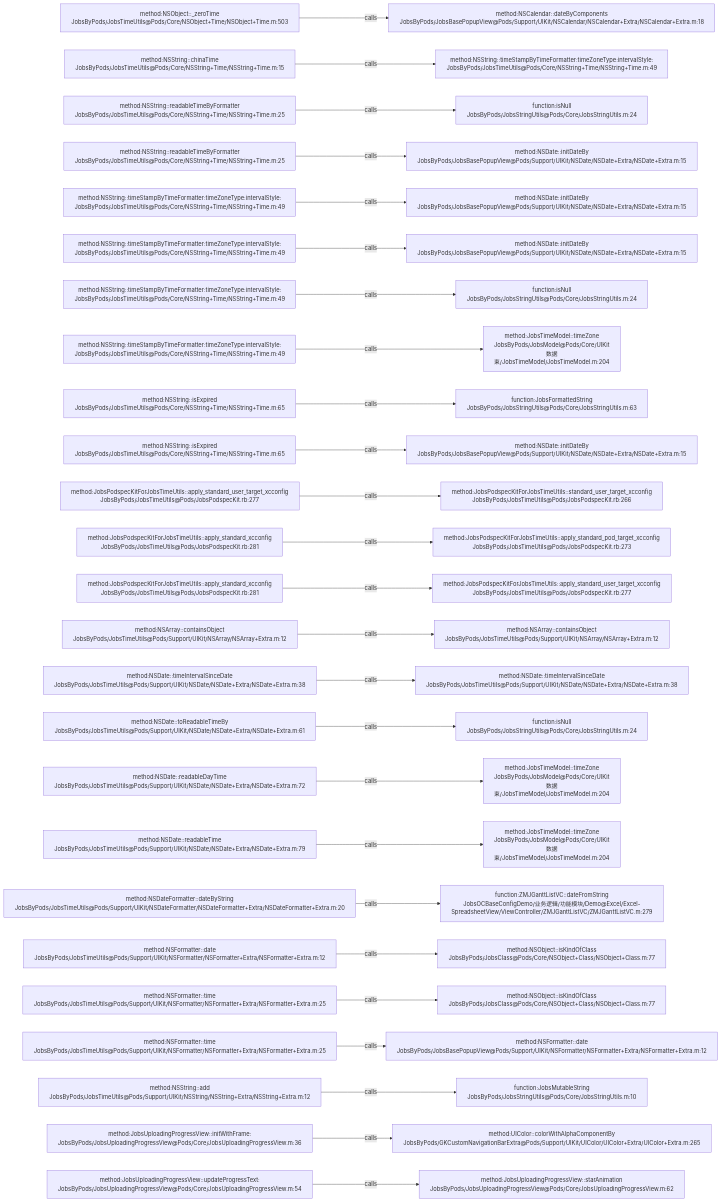
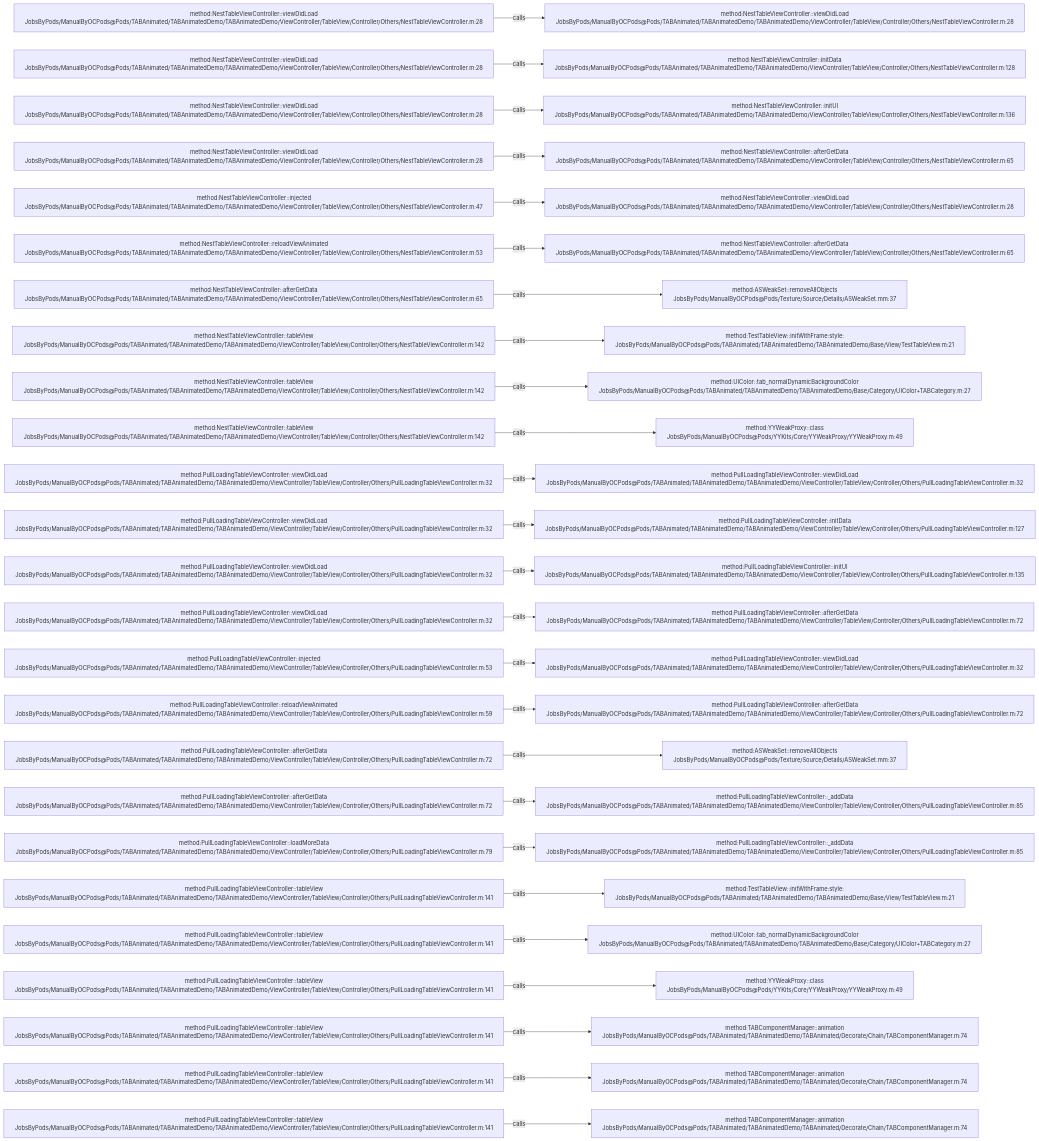
One commit to JobsKits/JobsOCBaseConfigDemo changed the diagram in .codegraph/codegraph.md/graphs/calls-164.md. Above: the diagram before and after it, drawn with Mermaid. The commit also changed 573 other files, not shown here.

````diff
--- a/.codegraph/codegraph.md/graphs/calls-164.md
+++ b/.codegraph/codegraph.md/graphs/calls-164.md
@@ -13,78 +13,78 @@
 ```mermaid
 flowchart LR
-  S1["method:NSObject::_zeroTime<br/>JobsByPods/JobsTimeUtils@Pods/Core/NSObject+Time/NSObject+Time.m:503"]
-  T1["method:NSCalendar::dateByComponents<br/>JobsByPods/JobsBasePopupView@Pods/Support/UIKit/NSCalendar/NSCalendar+Extra/NSCalendar+Extra.m:18"]
+  S1["method:NestTableViewController::viewDidLoad<br/>JobsByPods/ManualByOCPods@Pods/TABAnimated/TABAnimatedDemo/TABAnimatedDemo/ViewController/TableView/Controller/Others/NestTableViewController.m:28"]
+  T1["method:NestTableViewController::viewDidLoad<br/>JobsByPods/ManualByOCPods@Pods/TABAnimated/TABAnimatedDemo/TABAnimatedDemo/ViewController/TableView/Controller/Others/NestTableViewController.m:28"]
   S1 -->|calls| T1
-  S2["method:NSString::chinaTime<br/>JobsByPods/JobsTimeUtils@Pods/Core/NSString+Time/NSString+Time.m:15"]
-  T2["method:NSString::timeStampByTimeFormatter:timeZoneType:intervalStyle:<br/>JobsByPods/JobsTimeUtils@Pods/Core/NSString+Time/NSString+Time.m:49"]
+  S2["method:NestTableViewController::viewDidLoad<br/>JobsByPods/ManualByOCPods@Pods/TABAnimated/TABAnimatedDemo/TABAnimatedDemo/ViewController/TableView/Controller/Others/NestTableViewController.m:28"]
+  T2["method:NestTableViewController::initData<br/>JobsByPods/ManualByOCPods@Pods/TABAnimated/TABAnimatedDemo/TABAnimatedDemo/ViewController/TableView/Controller/Others/NestTableViewController.m:128"]
   S2 -->|calls| T2
-  S3["method:NSString::readableTimeByFormatter<br/>JobsByPods/JobsTimeUtils@Pods/Core/NSString+Time/NSString+Time.m:25"]
-  T3["function:isNull<br/>JobsByPods/JobsStringUtils@Pods/Core/JobsStringUtils.m:24"]
+  S3["method:NestTableViewController::viewDidLoad<br/>JobsByPods/ManualByOCPods@Pods/TABAnimated/TABAnimatedDemo/TABAnimatedDemo/ViewController/TableView/Controller/Others/NestTableViewController.m:28"]
+  T3["method:NestTableViewController::initUI<br/>JobsByPods/ManualByOCPods@Pods/TABAnimated/TABAnimatedDemo/TABAnimatedDemo/ViewController/TableView/Controller/Others/NestTableViewController.m:136"]
   S3 -->|calls| T3
-  S4["method:NSString::readableTimeByFormatter<br/>JobsByPods/JobsTimeUtils@Pods/Core/NSString+Time/NSString+Time.m:25"]
-  T4["method:NSDate::initDateBy<br/>JobsByPods/JobsBasePopupView@Pods/Support/UIKit/NSDate/NSDate+Extra/NSDate+Extra.m:15"]
+  S4["method:NestTableViewController::viewDidLoad<br/>JobsByPods/ManualByOCPods@Pods/TABAnimated/TABAnimatedDemo/TABAnimatedDemo/ViewController/TableView/Controller/Others/NestTableViewController.m:28"]
+  T4["method:NestTableViewController::afterGetData<br/>JobsByPods/ManualByOCPods@Pods/TABAnimated/TABAnimatedDemo/TABAnimatedDemo/ViewController/TableView/Controller/Others/NestTableViewController.m:65"]
   S4 -->|calls| T4
-  S5["method:NSString::timeStampByTimeFormatter:timeZoneType:intervalStyle:<br/>JobsByPods/JobsTimeUtils@Pods/Core/NSString+Time/NSString+Time.m:49"]
-  T5["method:NSDate::initDateBy<br/>JobsByPods/JobsBasePopupView@Pods/Support/UIKit/NSDate/NSDate+Extra/NSDate+Extra.m:15"]
+  S5["method:NestTableViewController::injected<br/>JobsByPods/ManualByOCPods@Pods/TABAnimated/TABAnimatedDemo/TABAnimatedDemo/ViewController/TableView/Controller/Others/NestTableViewController.m:47"]
+  T5["method:NestTableViewController::viewDidLoad<br/>JobsByPods/ManualByOCPods@Pods/TABAnimated/TABAnimatedDemo/TABAnimatedDemo/ViewController/TableView/Controller/Others/NestTableViewController.m:28"]
   S5 -->|calls| T5
-  S6["method:NSString::timeStampByTimeFormatter:timeZoneType:intervalStyle:<br/>JobsByPods/JobsTimeUtils@Pods/Core/NSString+Time/NSString+Time.m:49"]
-  T6["method:NSDate::initDateBy<br/>JobsByPods/JobsBasePopupView@Pods/Support/UIKit/NSDate/NSDate+Extra/NSDate+Extra.m:15"]
+  S6["method:NestTableViewController::reloadViewAnimated<br/>JobsByPods/ManualByOCPods@Pods/TABAnimated/TABAnimatedDemo/TABAnimatedDemo/ViewController/TableView/Controller/Others/NestTableViewController.m:53"]
+  T6["method:NestTableViewController::afterGetData<br/>JobsByPods/ManualByOCPods@Pods/TABAnimated/TABAnimatedDemo/TABAnimatedDemo/ViewController/TableView/Controller/Others/NestTableViewController.m:65"]
   S6 -->|calls| T6
-  S7["method:NSString::timeStampByTimeFormatter:timeZoneType:intervalStyle:<br/>JobsByPods/JobsTimeUtils@Pods/Core/NSString+Time/NSString+Time.m:49"]
-  T7["function:isNull<br/>JobsByPods/JobsStringUtils@Pods/Core/JobsStringUtils.m:24"]
+  S7["method:NestTableViewController::afterGetData<br/>JobsByPods/ManualByOCPods@Pods/TABAnimated/TABAnimatedDemo/TABAnimatedDemo/ViewController/TableView/Controller/Others/NestTableViewController.m:65"]
+  T7["method:ASWeakSet::removeAllObjects<br/>JobsByPods/ManualByOCPods@Pods/Texture/Source/Details/ASWeakSet.mm:37"]
   S7 -->|calls| T7
-  S8["method:NSString::timeStampByTimeFormatter:timeZoneType:intervalStyle:<br/>JobsByPods/JobsTimeUtils@Pods/Core/NSString+Time/NSString+Time.m:49"]
-  T8["method:JobsTimeModel::timeZone<br/>JobsByPods/JobsModel@Pods/Core/UIKit数据束/JobsTimeModel/JobsTimeModel.m:204"]
+  S8["method:NestTableViewController::tableView<br/>JobsByPods/ManualByOCPods@Pods/TABAnimated/TABAnimatedDemo/TABAnimatedDemo/ViewController/TableView/Controller/Others/NestTableViewController.m:142"]
+  T8["method:TestTableView::initWithFrame:style:<br/>JobsByPods/ManualByOCPods@Pods/TABAnimated/TABAnimatedDemo/TABAnimatedDemo/Base/View/TestTableView.m:21"]
   S8 -->|calls| T8
-  S9["method:NSString::isExpired<br/>JobsByPods/JobsTimeUtils@Pods/Core/NSString+Time/NSString+Time.m:65"]
-  T9["function:JobsFormattedString<br/>JobsByPods/JobsStringUtils@Pods/Core/JobsStringUtils.m:63"]
+  S9["method:NestTableViewController::tableView<br/>JobsByPods/ManualByOCPods@Pods/TABAnimated/TABAnimatedDemo/TABAnimatedDemo/ViewController/TableView/Controller/Others/NestTableViewController.m:142"]
+  T9["method:UIColor::tab_normalDynamicBackgroundColor<br/>JobsByPods/ManualByOCPods@Pods/TABAnimated/TABAnimatedDemo/TABAnimatedDemo/Base/Category/UIColor+TABCategory.m:27"]
   S9 -->|calls| T9
-  S10["method:NSString::isExpired<br/>JobsByPods/JobsTimeUtils@Pods/Core/NSString+Time/NSString+Time.m:65"]
-  T10["method:NSDate::initDateBy<br/>JobsByPods/JobsBasePopupView@Pods/Support/UIKit/NSDate/NSDate+Extra/NSDate+Extra.m:15"]
+  S10["method:NestTableViewController::tableView<br/>JobsByPods/ManualByOCPods@Pods/TABAnimated/TABAnimatedDemo/TABAnimatedDemo/ViewController/TableView/Controller/Others/NestTableViewController.m:142"]
+  T10["method:YYWeakProxy::class<br/>JobsByPods/ManualByOCPods@Pods/YYKits/Core/YYWeakProxy/YYWeakProxy.m:49"]
   S10 -->|calls| T10
-  S11["method:JobsPodspecKitForJobsTimeUtils::apply_standard_user_target_xcconfig<br/>JobsByPods/JobsTimeUtils@Pods/JobsPodspecKit.rb:277"]
-  T11["method:JobsPodspecKitForJobsTimeUtils::standard_user_target_xcconfig<br/>JobsByPods/JobsTimeUtils@Pods/JobsPodspecKit.rb:266"]
+  S11["method:PullLoadingTableViewController::viewDidLoad<br/>JobsByPods/ManualByOCPods@Pods/TABAnimated/TABAnimatedDemo/TABAnimatedDemo/ViewController/TableView/Controller/Others/PullLoadingTableViewController.m:32"]
+  T11["method:PullLoadingTableViewController::viewDidLoad<br/>JobsByPods/ManualByOCPods@Pods/TABAnimated/TABAnimatedDemo/TABAnimatedDemo/ViewController/TableView/Controller/Others/PullLoadingTableViewController.m:32"]
   S11 -->|calls| T11
-  S12["method:JobsPodspecKitForJobsTimeUtils::apply_standard_xcconfig<br/>JobsByPods/JobsTimeUtils@Pods/JobsPodspecKit.rb:281"]
-  T12["method:JobsPodspecKitForJobsTimeUtils::apply_standard_pod_target_xcconfig<br/>JobsByPods/JobsTimeUtils@Pods/JobsPodspecKit.rb:273"]
+  S12["method:PullLoadingTableViewController::viewDidLoad<br/>JobsByPods/ManualByOCPods@Pods/TABAnimated/TABAnimatedDemo/TABAnimatedDemo/ViewController/TableView/Controller/Others/PullLoadingTableViewController.m:32"]
+  T12["method:PullLoadingTableViewController::initData<br/>JobsByPods/ManualByOCPods@Pods/TABAnimated/TABAnimatedDemo/TABAnimatedDemo/ViewController/TableView/Controller/Others/PullLoadingTableViewController.m:127"]
   S12 -->|calls| T12
-  S13["method:JobsPodspecKitForJobsTimeUtils::apply_standard_xcconfig<br/>JobsByPods/JobsTimeUtils@Pods/JobsPodspecKit.rb:281"]
-  T13["method:JobsPodspecKitForJobsTimeUtils::apply_standard_user_target_xcconfig<br/>JobsByPods/JobsTimeUtils@Pods/JobsPodspecKit.rb:277"]
+  S13["method:PullLoadingTableViewController::viewDidLoad<br/>JobsByPods/ManualByOCPods@Pods/TABAnimated/TABAnimatedDemo/TABAnimatedDemo/ViewController/TableView/Controller/Others/PullLoadingTableViewController.m:32"]
+  T13["method:PullLoadingTableViewController::initUI<br/>JobsByPods/ManualByOCPods@Pods/TABAnimated/TABAnimatedDemo/TABAnimatedDemo/ViewController/TableView/Controller/Others/PullLoadingTableViewController.m:135"]
   S13 -->|calls| T13
-  S14["method:NSArray::containsObject<br/>JobsByPods/JobsTimeUtils@Pods/Support/UIKit/NSArray/NSArray+Extra.m:12"]
-  T14["method:NSArray::containsObject<br/>JobsByPods/JobsTimeUtils@Pods/Support/UIKit/NSArray/NSArray+Extra.m:12"]
+  S14["method:PullLoadingTableViewController::viewDidLoad<br/>JobsByPods/ManualByOCPods@Pods/TABAnimated/TABAnimatedDemo/TABAnimatedDemo/ViewController/TableView/Controller/Others/PullLoadingTableViewController.m:32"]
+  T14["method:PullLoadingTableViewController::afterGetData<br/>JobsByPods/ManualByOCPods@Pods/TABAnimated/TABAnimatedDemo/TABAnimatedDemo/ViewController/TableView/Controller/Others/PullLoadingTableViewController.m:72"]
   S14 -->|calls| T14
-  S15["method:NSDate::timeIntervalSinceDate<br/>JobsByPods/JobsTimeUtils@Pods/Support/UIKit/NSDate/NSDate+Extra/NSDate+Extra.m:38"]
-  T15["method:NSDate::timeIntervalSinceDate<br/>JobsByPods/JobsTimeUtils@Pods/Support/UIKit/NSDate/NSDate+Extra/NSDate+Extra.m:38"]
+  S15["method:PullLoadingTableViewController::injected<br/>JobsByPods/ManualByOCPods@Pods/TABAnimated/TABAnimatedDemo/TABAnimatedDemo/ViewController/TableView/Controller/Others/PullLoadingTableViewController.m:53"]
+  T15["method:PullLoadingTableViewController::viewDidLoad<br/>JobsByPods/ManualByOCPods@Pods/TABAnimated/TABAnimatedDemo/TABAnimatedDemo/ViewController/TableView/Controller/Others/PullLoadingTableViewController.m:32"]
   S15 -->|calls| T15
-  S16["method:NSDate::toReadableTimeBy<br/>JobsByPods/JobsTimeUtils@Pods/Support/UIKit/NSDate/NSDate+Extra/NSDate+Extra.m:61"]
-  T16["function:isNull<br/>JobsByPods/JobsStringUtils@Pods/Core/JobsStringUtils.m:24"]
+  S16["method:PullLoadingTableViewController::reloadViewAnimated<br/>JobsByPods/ManualByOCPods@Pods/TABAnimated/TABAnimatedDemo/TABAnimatedDemo/ViewController/TableView/Controller/Others/PullLoadingTableViewController.m:59"]
+  T16["method:PullLoadingTableViewController::afterGetData<br/>JobsByPods/ManualByOCPods@Pods/TABAnimated/TABAnimatedDemo/TABAnimatedDemo/ViewController/TableView/Controller/Others/PullLoadingTableViewController.m:72"]
   S16 -->|calls| T16
-  S17["method:NSDate::readableDayTime<br/>JobsByPods/JobsTimeUtils@Pods/Support/UIKit/NSDate/NSDate+Extra/NSDate+Extra.m:72"]
-  T17["method:JobsTimeModel::timeZone<br/>JobsByPods/JobsModel@Pods/Core/UIKit数据束/JobsTimeModel/JobsTimeModel.m:204"]
+  S17["method:PullLoadingTableViewController::afterGetData<br/>JobsByPods/ManualByOCPods@Pods/TABAnimated/TABAnimatedDemo/TABAnimatedDemo/ViewController/TableView/Controller/Others/PullLoadingTableViewController.m:72"]
+  T17["method:ASWeakSet::removeAllObjects<br/>JobsByPods/ManualByOCPods@Pods/Texture/Source/Details/ASWeakSet.mm:37"]
   S17 -->|calls| T17
-  S18["method:NSDate::readableTime<br/>JobsByPods/JobsTimeUtils@Pods/Support/UIKit/NSDate/NSDate+Extra/NSDate+Extra.m:79"]
-  T18["method:JobsTimeModel::timeZone<br/>JobsByPods/JobsModel@Pods/Core/UIKit数据束/JobsTimeModel/JobsTimeModel.m:204"]
+  S18["method:PullLoadingTableViewController::afterGetData<br/>JobsByPods/ManualByOCPods@Pods/TABAnimated/TABAnimatedDemo/TABAnimatedDemo/ViewController/TableView/Controller/Others/PullLoadingTableViewController.m:72"]
+  T18["method:PullLoadingTableViewController::_addData<br/>JobsByPods/ManualByOCPods@Pods/TABAnimated/TABAnimatedDemo/TABAnimatedDemo/ViewController/TableView/Controller/Others/PullLoadingTableViewController.m:85"]
   S18 -->|calls| T18
-  S19["method:NSDateFormatter::dateByString<br/>JobsByPods/JobsTimeUtils@Pods/Support/UIKit/NSDateFormatter/NSDateFormatter+Extra/NSDateFormatter+Extra.m:20"]
-  T19["function:ZMJGanttListVC::dateFromString<br/>JobsOCBaseConfigDemo/业务逻辑/功能模块/Demo@Excel/Excel-SpreadsheetView/ViewController/ZMJGanttListVC/ZMJGanttListVC.m:279"]
+  S19["method:PullLoadingTableViewController::loadMoreData<br/>JobsByPods/ManualByOCPods@Pods/TABAnimated/TABAnimatedDemo/TABAnimatedDemo/ViewController/TableView/Controller/Others/PullLoadingTableViewController.m:79"]
+  T19["method:PullLoadingTableViewController::_addData<br/>JobsByPods/ManualByOCPods@Pods/TABAnimated/TABAnimatedDemo/TABAnimatedDemo/ViewController/TableView/Controller/Others/PullLoadingTableViewController.m:85"]
   S19 -->|calls| T19
-  S20["method:NSFormatter::date<br/>JobsByPods/JobsTimeUtils@Pods/Support/UIKit/NSFormatter/NSFormatter+Extra/NSFormatter+Extra.m:12"]
-  T20["method:NSObject::isKindOfClass<br/>JobsByPods/JobsClass@Pods/Core/NSObject+Class/NSObject+Class.m:77"]
+  S20["method:PullLoadingTableViewController::tableView<br/>JobsByPods/ManualByOCPods@Pods/TABAnimated/TABAnimatedDemo/TABAnimatedDemo/ViewController/TableView/Controller/Others/PullLoadingTableViewController.m:141"]
+  T20["method:TestTableView::initWithFrame:style:<br/>JobsByPods/ManualByOCPods@Pods/TABAnimated/TABAnimatedDemo/TABAnimatedDemo/Base/View/TestTableView.m:21"]
   S20 -->|calls| T20
-  S21["method:NSFormatter::time<br/>JobsByPods/JobsTimeUtils@Pods/Support/UIKit/NSFormatter/NSFormatter+Extra/NSFormatter+Extra.m:25"]
-  T21["method:NSObject::isKindOfClass<br/>JobsByPods/JobsClass@Pods/Core/NSObject+Class/NSObject+Class.m:77"]
+  S21["method:PullLoadingTableViewController::tableView<br/>JobsByPods/ManualByOCPods@Pods/TABAnimated/TABAnimatedDemo/TABAnimatedDemo/ViewController/TableView/Controller/Others/PullLoadingTableViewController.m:141"]
+  T21["method:UIColor::tab_normalDynamicBackgroundColor<br/>JobsByPods/ManualByOCPods@Pods/TABAnimated/TABAnimatedDemo/TABAnimatedDemo/Base/Category/UIColor+TABCategory.m:27"]
   S21 -->|calls| T21
-  S22["method:NSFormatter::time<br/>JobsByPods/JobsTimeUtils@Pods/Support/UIKit/NSFormatter/NSFormatter+Extra/NSFormatter+Extra.m:25"]
-  T22["method:NSFormatter::date<br/>JobsByPods/JobsBasePopupView@Pods/Support/UIKit/NSFormatter/NSFormatter+Extra/NSFormatter+Extra.m:12"]
+  S22["method:PullLoadingTableViewController::tableView<br/>JobsByPods/ManualByOCPods@Pods/TABAnimated/TABAnimatedDemo/TABAnimatedDemo/ViewController/TableView/Controller/Others/PullLoadingTableViewController.m:141"]
+  T22["method:YYWeakProxy::class<br/>JobsByPods/ManualByOCPods@Pods/YYKits/Core/YYWeakProxy/YYWeakProxy.m:49"]
   S22 -->|calls| T22
-  S23["method:NSString::add<br/>JobsByPods/JobsTimeUtils@Pods/Support/UIKit/NSString/NSString+Extra/NSString+Extra.m:12"]
-  T23["function:JobsMutableString<br/>JobsByPods/JobsStringUtils@Pods/Core/JobsStringUtils.m:10"]
+  S23["method:PullLoadingTableViewController::tableView<br/>JobsByPods/ManualByOCPods@Pods/TABAnimated/TABAnimatedDemo/TABAnimatedDemo/ViewController/TableView/Controller/Others/PullLoadingTableViewController.m:141"]
+  T23["method:TABComponentManager::animation<br/>JobsByPods/ManualByOCPods@Pods/TABAnimated/TABAnimatedDemo/TABAnimated/Decorate/Chain/TABComponentManager.m:74"]
   S23 -->|calls| T23
-  S24["method:JobsUploadingProgressView::initWithFrame:<br/>JobsByPods/JobsUploadingProgressView@Pods/Core/JobsUploadingProgressView.m:36"]
-  T24["method:UIColor::colorWithAlphaComponentBy<br/>JobsByPods/GKCustomNavigationBarExtra@Pods/Support/UIKit/UIColor/UIColor+Extra/UIColor+Extra.m:265"]
+  S24["method:PullLoadingTableViewController::tableView<br/>JobsByPods/ManualByOCPods@Pods/TABAnimated/TABAnimatedDemo/TABAnimatedDemo/ViewController/TableView/Controller/Others/PullLoadingTableViewController.m:141"]
+  T24["method:TABComponentManager::animation<br/>JobsByPods/ManualByOCPods@Pods/TABAnimated/TABAnimatedDemo/TABAnimated/Decorate/Chain/TABComponentManager.m:74"]
   S24 -->|calls| T24
-  S25["method:JobsUploadingProgressView::updateProgressText:<br/>JobsByPods/JobsUploadingProgressView@Pods/Core/JobsUploadingProgressView.m:54"]
-  T25["method:JobsUploadingProgressView::starAnimation<br/>JobsByPods/JobsUploadingProgressView@Pods/Core/JobsUploadingProgressView.m:62"]
+  S25["method:PullLoadingTableViewController::tableView<br/>JobsByPods/ManualByOCPods@Pods/TABAnimated/TABAnimatedDemo/TABAnimatedDemo/ViewController/TableView/Controller/Others/PullLoadingTableViewController.m:141"]
+  T25["method:TABComponentManager::animation<br/>JobsByPods/ManualByOCPods@Pods/TABAnimated/TABAnimatedDemo/TABAnimated/Decorate/Chain/TABComponentManager.m:74"]
   S25 -->|calls| T25
 ```
````
